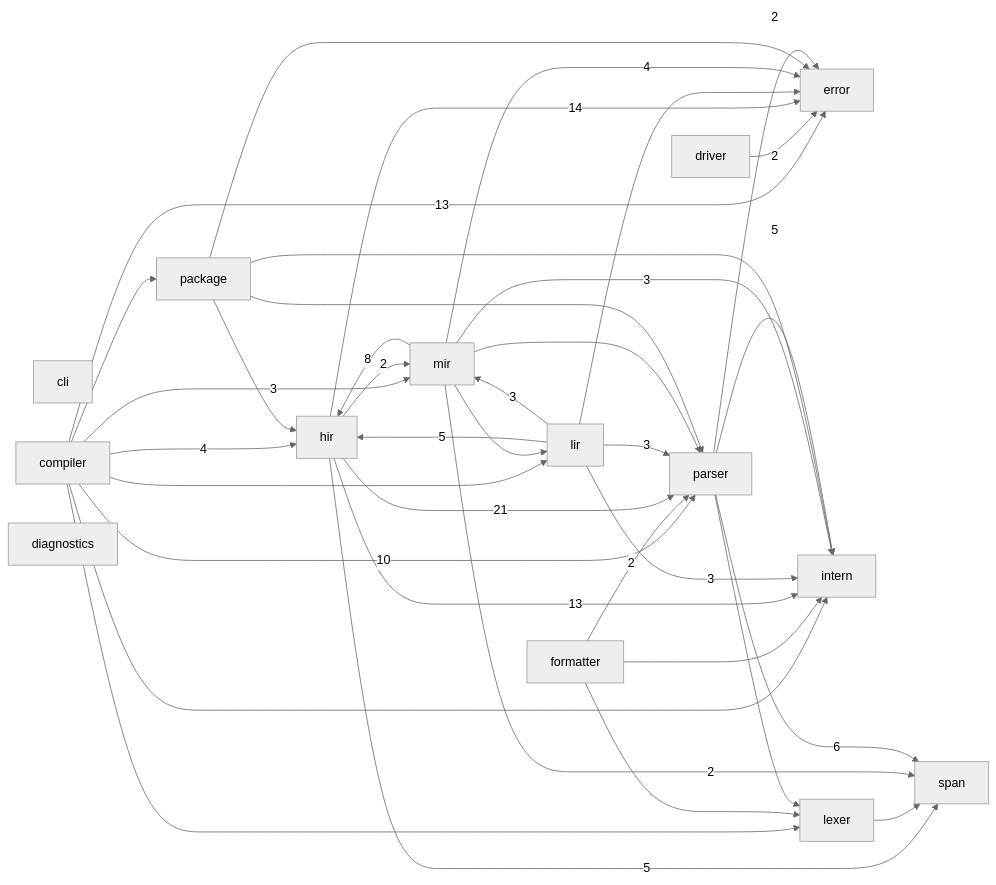
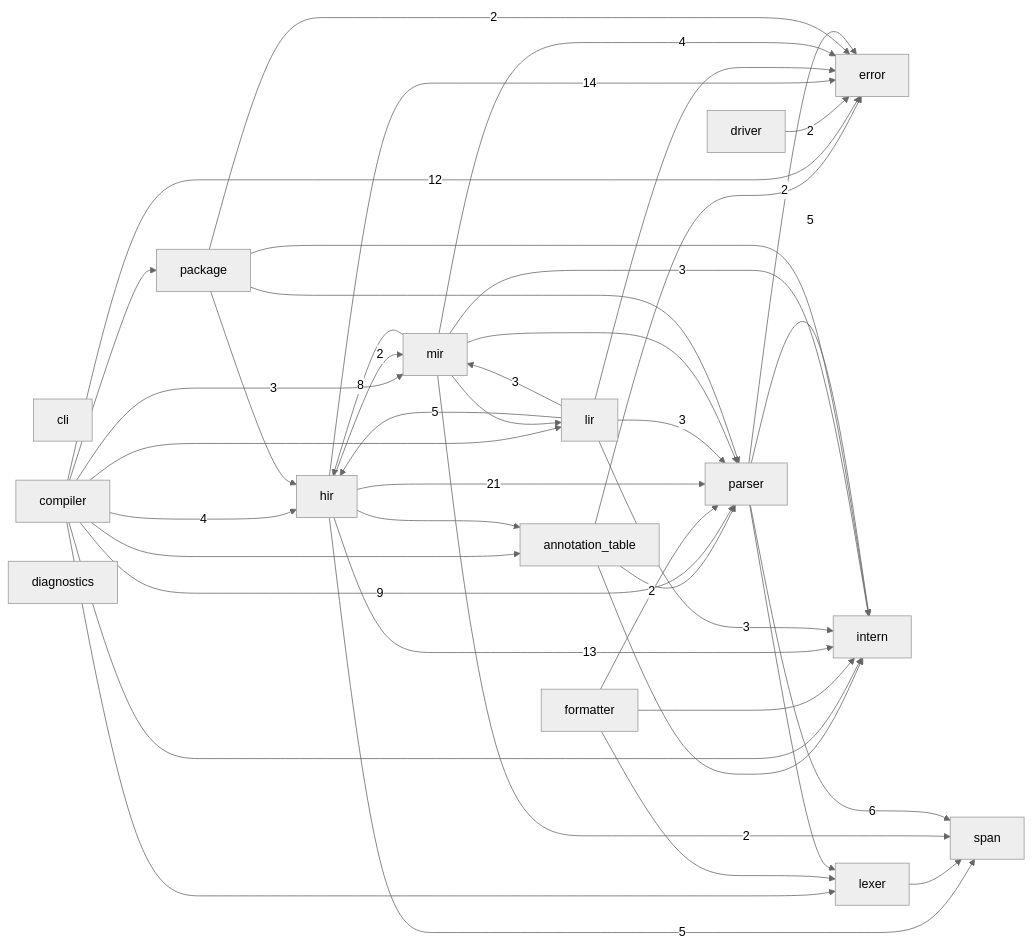
One commit to ayanami1ei/Ayanami-language changed the diagram in docs/module-graph.md. Above: the diagram before and after it, drawn with Mermaid (neutral theme). The commit also changed other lines of this file and 12 other files, not shown here.

````diff
--- a/docs/module-graph.md
+++ b/docs/module-graph.md
@@ -6,54 +6,60 @@
 ```mermaid
 graph LR
+    annotation_table
     cli
     compiler
     diagnostics
     driver
     error
     formatter
     hir
     intern
     lexer
     lir
     mir
     package
     parser
     span
-    compiler -->|13| error
+    annotation_table --> error
+    annotation_table --> intern
+    annotation_table --> parser
+    compiler --> annotation_table
+    compiler -->|12| error
     compiler -->|4| hir
     compiler --> intern
     compiler --> lexer
     compiler --> lir
     compiler -->|3| mir
     compiler --> package
-    compiler -->|10| parser
+    compiler -->|9| parser
     driver -->|2| error
     formatter --> intern
     formatter --> lexer
     formatter -->|2| parser
+    hir --> annotation_table
     hir -->|14| error
     hir -->|13| intern
     hir -->|2| mir
     hir -->|21| parser
     hir -->|5| span
     lexer --> span
     lir --> error
     lir -->|5| hir
     lir -->|3| intern
     lir -->|3| mir
     lir -->|3| parser
     mir -->|4| error
     mir -->|8| hir
     mir -->|3| intern
     mir --> lir
     mir --> parser
     mir -->|2| span
-    package --> error
+    package -->|2| error
     package --> hir
     package --> intern
     package --> parser
     parser -->|2| error
     parser -->|5| intern
     parser --> lexer
     parser -->|6| span
 ```
````
